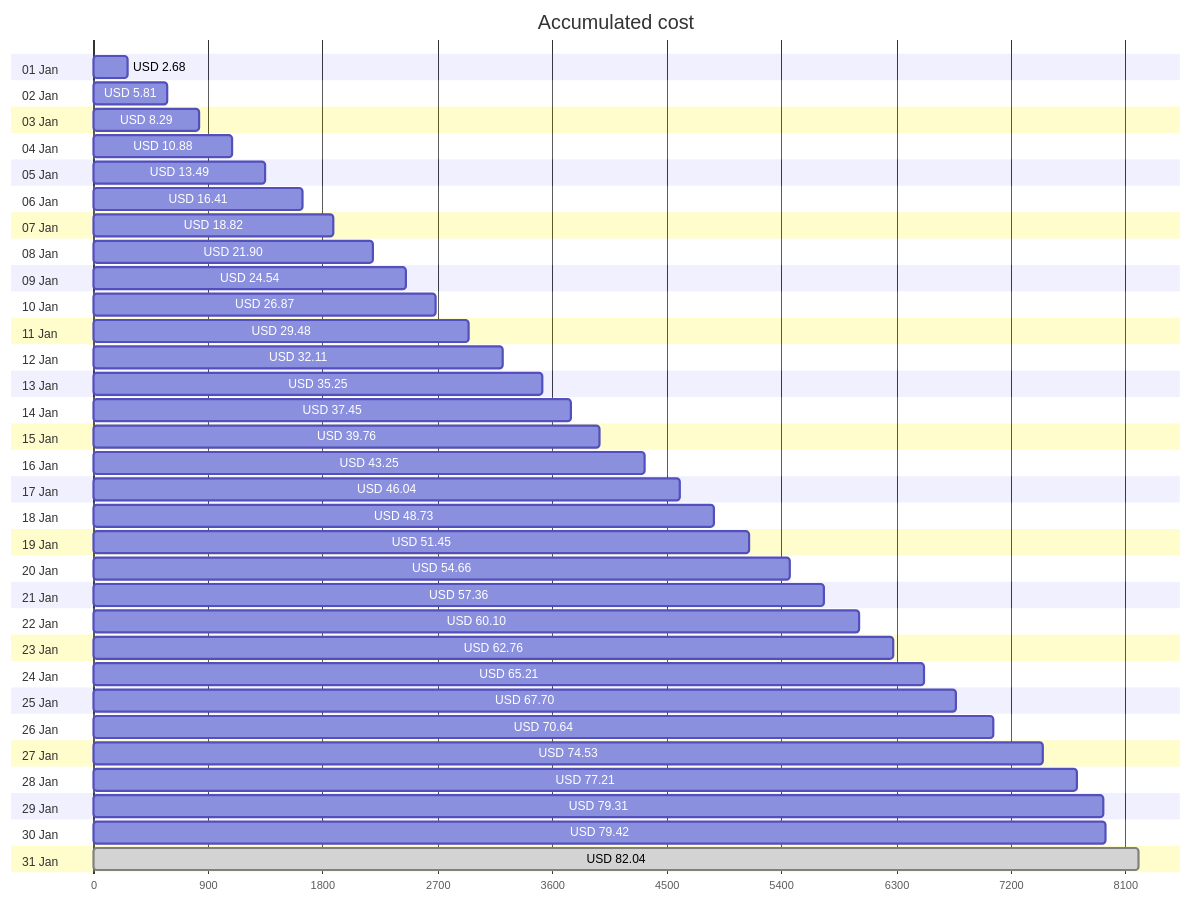
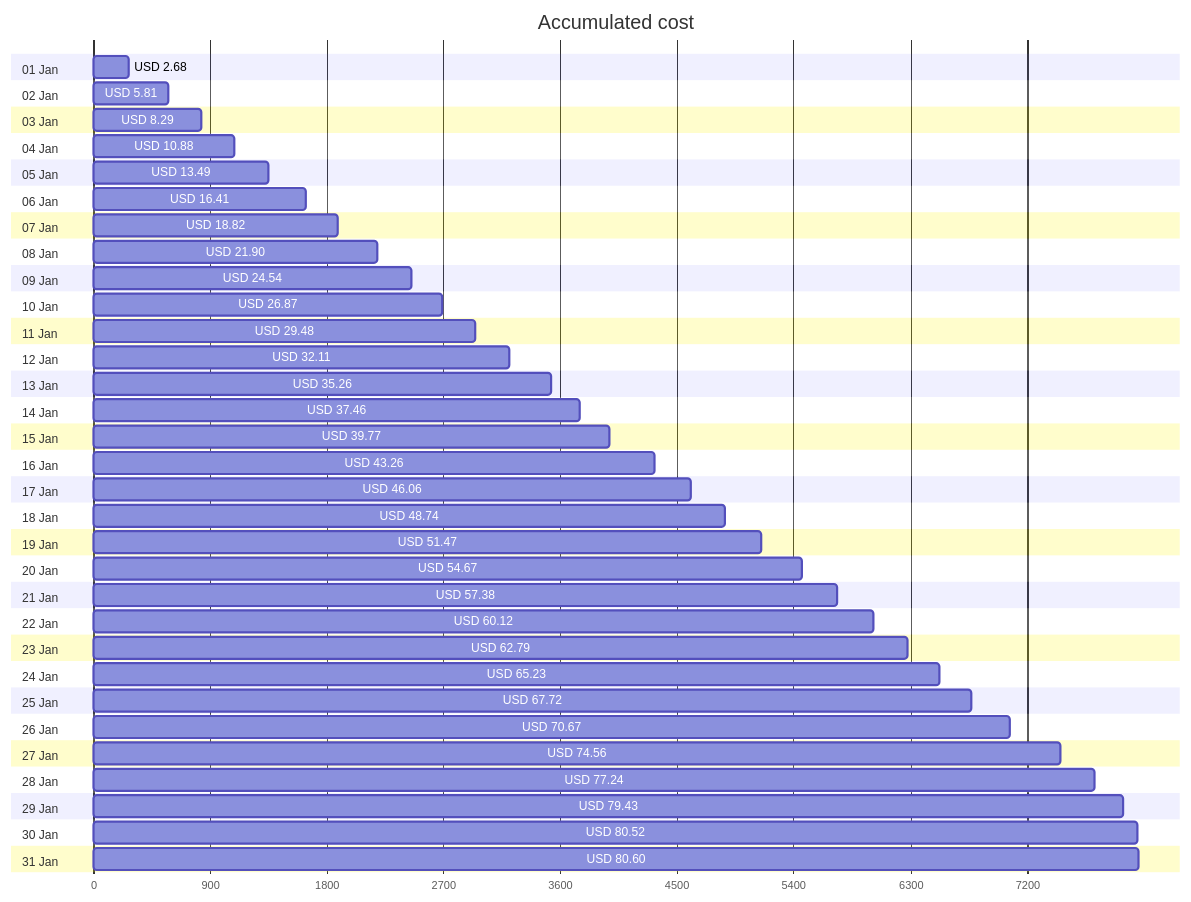
Before and after one commit to jpfulton/azure-personal-reports: the first of 4 diagrams in cost-reports/accumulated-cost.md, drawn with Mermaid. The commit also changed other lines of this file and 4 other files, not shown here.

````diff
--- a/cost-reports/accumulated-cost.md
+++ b/cost-reports/accumulated-cost.md
@@ -20,68 +20,68 @@
 ```mermaid
 gantt
    title Accumulated cost
    dateFormat  X
    axisFormat %s
    section 01 Jan
    USD 2.68 :0, 268
    section 02 Jan
    USD 5.81 :0, 581
    section 03 Jan
    USD 8.29 :0, 829
    section 04 Jan
    USD 10.88 :0, 1088
    section 05 Jan
    USD 13.49 :0, 1349
    section 06 Jan
    USD 16.41 :0, 1641
    section 07 Jan
    USD 18.82 :0, 1882
    section 08 Jan
    USD 21.90 :0, 2190
    section 09 Jan
    USD 24.54 :0, 2454
    section 10 Jan
    USD 26.87 :0, 2687
    section 11 Jan
    USD 29.48 :0, 2948
    section 12 Jan
    USD 32.11 :0, 3211
    section 13 Jan
-   USD 35.25 :0, 3525
+   USD 35.26 :0, 3526
    section 14 Jan
-   USD 37.45 :0, 3745
+   USD 37.46 :0, 3746
    section 15 Jan
-   USD 39.76 :0, 3976
+   USD 39.77 :0, 3977
    section 16 Jan
-   USD 43.25 :0, 4325
+   USD 43.26 :0, 4326
    section 17 Jan
-   USD 46.04 :0, 4604
+   USD 46.06 :0, 4606
    section 18 Jan
-   USD 48.73 :0, 4873
+   USD 48.74 :0, 4874
    section 19 Jan
-   USD 51.45 :0, 5145
+   USD 51.47 :0, 5147
    section 20 Jan
-   USD 54.66 :0, 5466
+   USD 54.67 :0, 5467
    section 21 Jan
-   USD 57.36 :0, 5736
+   USD 57.38 :0, 5738
    section 22 Jan
-   USD 60.10 :0, 6010
+   USD 60.12 :0, 6012
    section 23 Jan
-   USD 62.76 :0, 6276
+   USD 62.79 :0, 6279
    section 24 Jan
-   USD 65.21 :0, 6521
+   USD 65.23 :0, 6523
    section 25 Jan
-   USD 67.70 :0, 6770
+   USD 67.72 :0, 6772
    section 26 Jan
-   USD 70.64 :0, 7064
+   USD 70.67 :0, 7067
    section 27 Jan
-   USD 74.53 :0, 7453
+   USD 74.56 :0, 7456
    section 28 Jan
-   USD 77.21 :0, 7721
+   USD 77.24 :0, 7724
    section 29 Jan
-   USD 79.31 :0, 7931
+   USD 79.43 :0, 7943
    section 30 Jan
-   USD 79.42 :0, 7942
+   USD 80.52 :0, 8052
    section 31 Jan
-   USD 82.04 : done, 0, 8204
+   USD 80.60 :0, 8060
 ```
````
